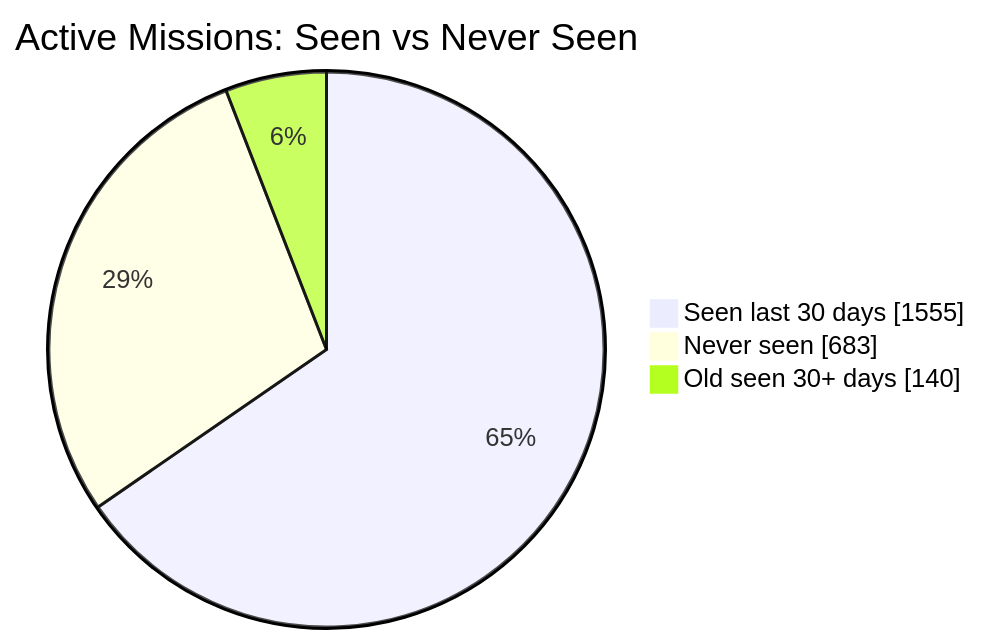
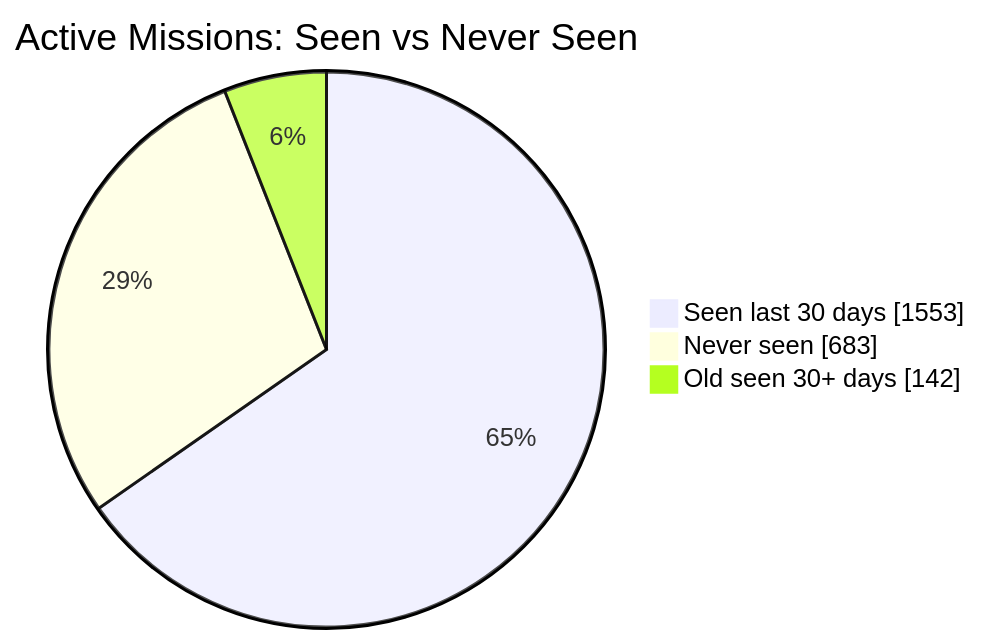
The first of 2 diagrams in README.md (MeldkamerspelGameTeam/active-missions), drawn with Mermaid before and after one commit. The commit also changed other lines of this file and 3 other files, not shown here.

````diff
--- a/README.md
+++ b/README.md
@@ -34,7 +34,7 @@
 ```mermaid
 pie showData
     title Active Missions: Seen vs Never Seen
-    "Seen last 30 days" : 1555
+    "Seen last 30 days" : 1553
     "Never seen" : 683
-    "Old seen 30+ days" : 140
+    "Old seen 30+ days" : 142
 ```
````
